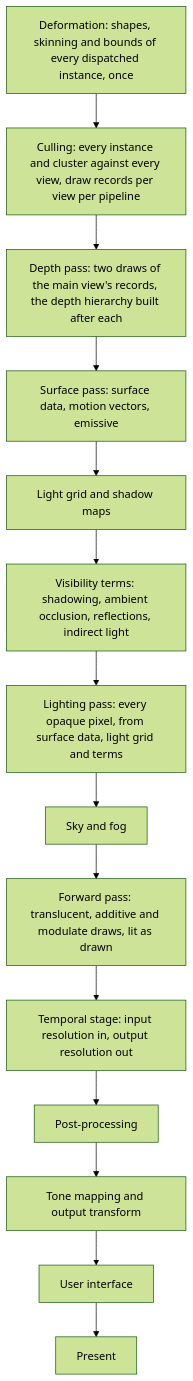
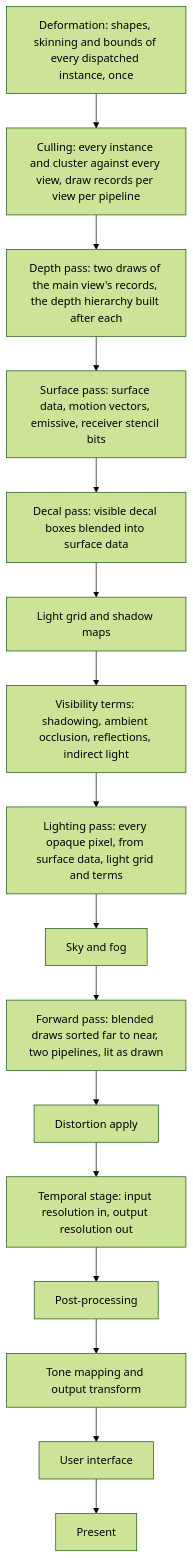
One commit to plainsight-systems/bullet-witch changed the second of 3 diagrams in docs/architecture/scene-renderer.md. Above: the diagram before and after it, drawn with Mermaid (forest theme). The commit also changed other lines of this file and 6 other files, not shown here.

Commit message:
Describe transparency and decals: one sorted forward pass, particles, refraction, decals into surface data

````diff
--- a/docs/architecture/scene-renderer.md
+++ b/docs/architecture/scene-renderer.md
@@ -80,16 +80,18 @@
 ```mermaid
 flowchart TD
     DF["Deformation: shapes, skinning and bounds of every dispatched instance, once"] --> CU["Culling: every instance and cluster against every view, draw records per view per pipeline"]
     CU --> DP["Depth pass: two draws of the main view's records, the depth hierarchy built after each"]
-    DP --> SP["Surface pass: surface data, motion vectors, emissive"]
-    SP --> LG["Light grid and shadow maps"]
+    DP --> SP["Surface pass: surface data, motion vectors, emissive, receiver stencil bits"]
+    SP --> DC["Decal pass: visible decal boxes blended into surface data"]
+    DC --> LG["Light grid and shadow maps"]
     LG --> VT["Visibility terms: shadowing, ambient occlusion, reflections, indirect light"]
     VT --> LP["Lighting pass: every opaque pixel, from surface data, light grid and terms"]
     LP --> SF["Sky and fog"]
-    SF --> FP["Forward pass: translucent, additive and modulate draws, lit as drawn"]
-    FP --> TS["Temporal stage: input resolution in, output resolution out"]
+    SF --> FP["Forward pass: blended draws sorted far to near, two pipelines, lit as drawn"]
+    FP --> DA["Distortion apply"]
+    DA --> TS["Temporal stage: input resolution in, output resolution out"]
     TS --> PP["Post-processing"]
     PP --> TM["Tone mapping and output transform"]
     TM --> UI["User interface"]
     UI --> PR["Present"]
 ```
````
